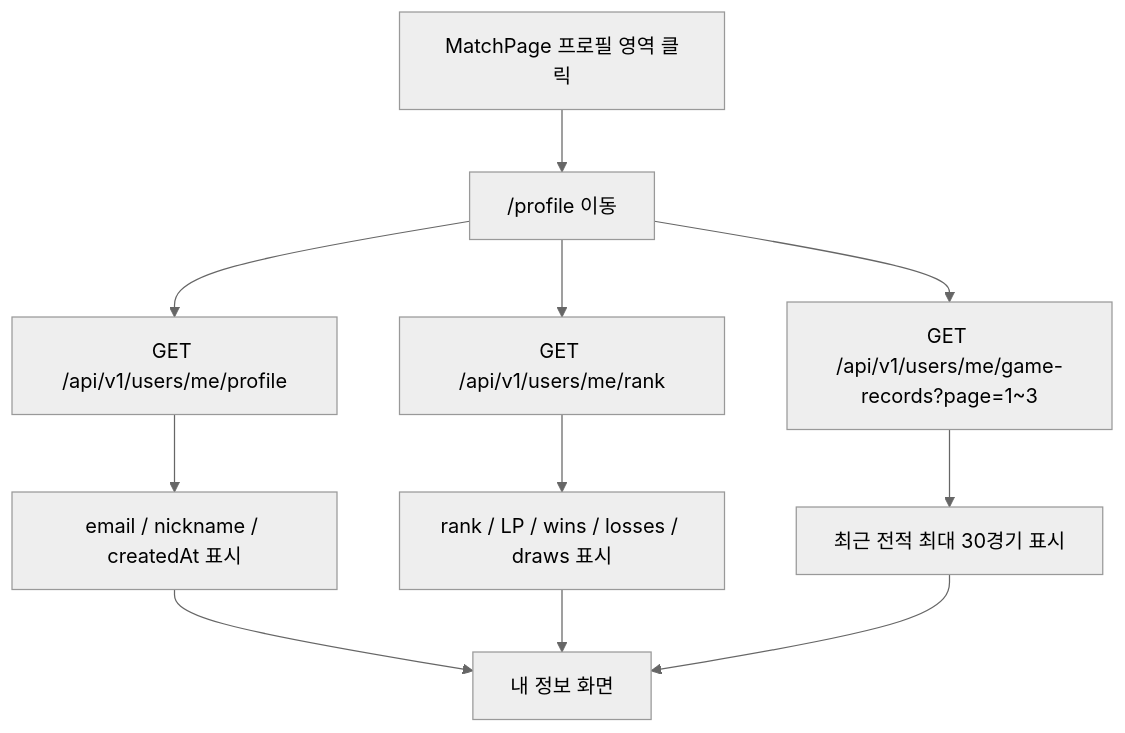
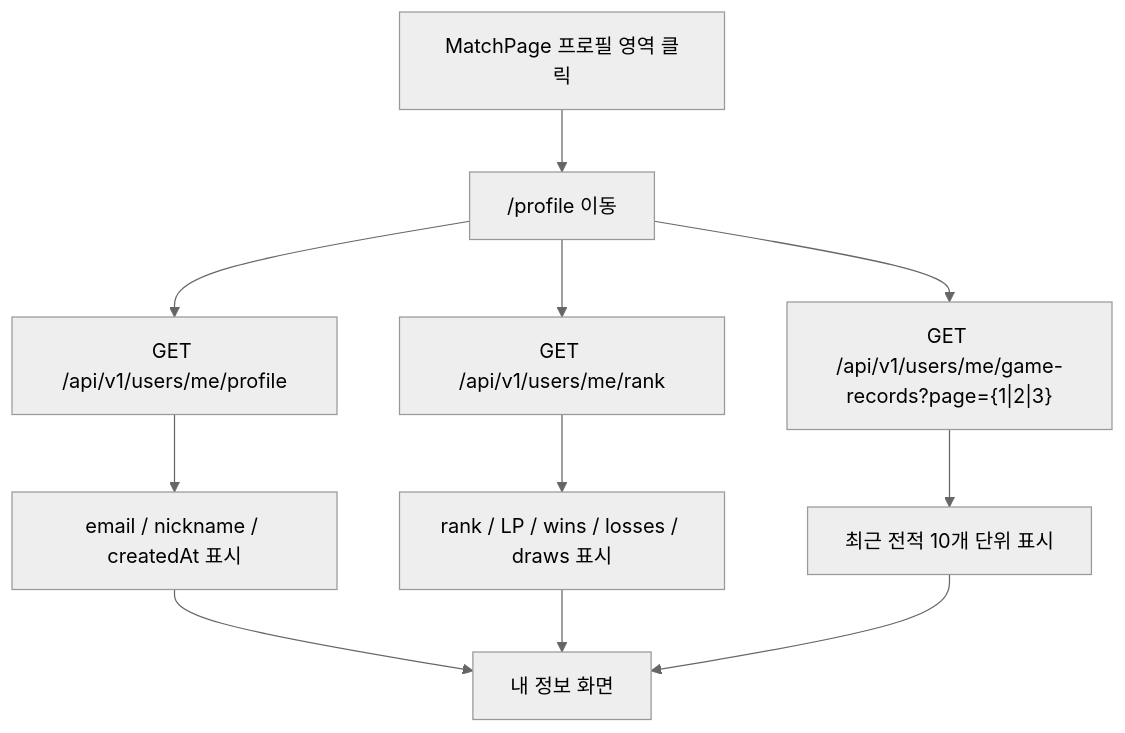
Before and after one commit to moonwhistle/League-of-Star: the first of 2 diagrams in docs/antigravity/frontend/issue-118-my-profile-page.md, drawn with Mermaid (neutral theme). The commit also changed other lines of this file and 3 other files, not shown here.

````diff
--- a/docs/antigravity/frontend/issue-118-my-profile-page.md
+++ b/docs/antigravity/frontend/issue-118-my-profile-page.md
@@ -9,13 +9,13 @@
 ```mermaid
 flowchart TD
     A["MatchPage 프로필 영역 클릭"] --> B["/profile 이동"]
     B --> C["GET /api/v1/users/me/profile"]
     B --> D["GET /api/v1/users/me/rank"]
-    B --> E["GET /api/v1/users/me/game-records?page=1~3"]
+    B --> E["GET /api/v1/users/me/game-records?page={1|2|3}"]
     C --> F["email / nickname / createdAt 표시"]
     D --> G["rank / LP / wins / losses / draws 표시"]
-    E --> H["최근 전적 최대 30경기 표시"]
+    E --> H["최근 전적 10개 단위 표시"]
     F --> I["내 정보 화면"]
     G --> I
     H --> I
 ```
````
